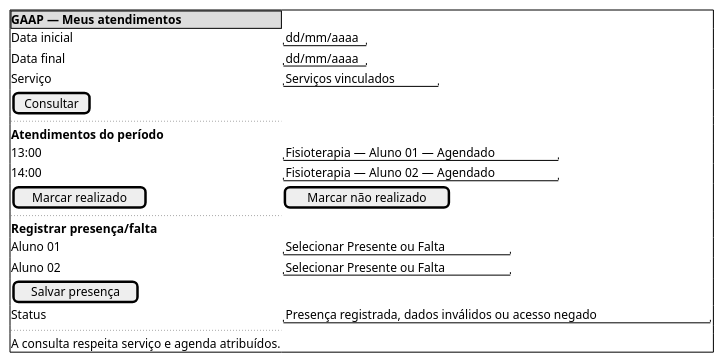
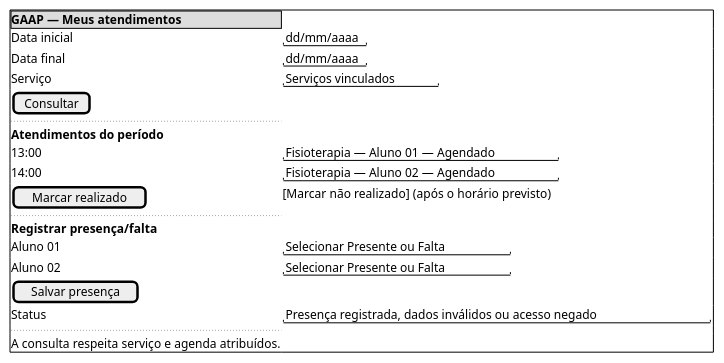
The sixth of 6 diagrams in docs/Iniciacao/prototipo_baixa_fidelidade.md (Projetos-de-Extensao/PECDII_26.2_8001_I), drawn with PlantUML before and after one commit. The commit also changed other lines of this file and 12 other files, not shown here.

````diff
--- a/docs/Iniciacao/prototipo_baixa_fidelidade.md
+++ b/docs/Iniciacao/prototipo_baixa_fidelidade.md
@@ -138,24 +138,24 @@
 ```plantuml
 @startsalt
 {+
   {* <b>GAAP — Meus atendimentos}
   Data inicial | "dd/mm/aaaa"
   Data final | "dd/mm/aaaa"
   Serviço | "Serviços vinculados"
   [Consultar]
   ..
   <b>Atendimentos do período
   13:00 | "Fisioterapia — Aluno 01 — Agendado"
   14:00 | "Fisioterapia — Aluno 02 — Agendado"
-  [Marcar realizado] | [Marcar não realizado]
+  [Marcar realizado] | [Marcar não realizado] (após o horário previsto)
   ..
   <b>Registrar presença/falta
   Aluno 01 | "Selecionar Presente ou Falta"
   Aluno 02 | "Selecionar Presente ou Falta"
   [Salvar presença]
   Status | "Presença registrada, dados inválidos ou acesso negado"
   ..
   A consulta respeita serviço e agenda atribuídos.
 }
 @endsalt
 ```
````
